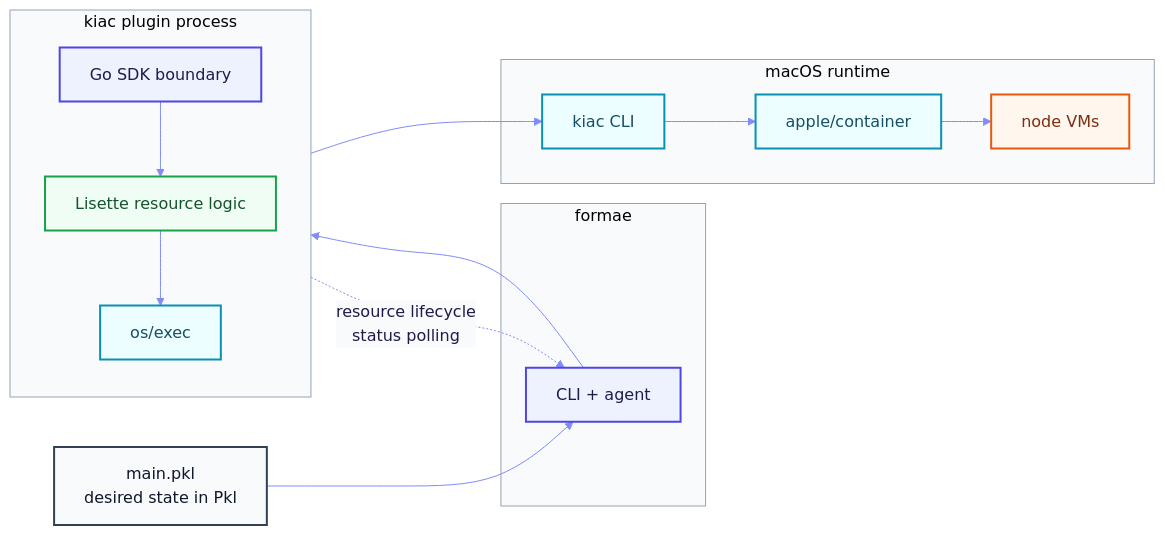
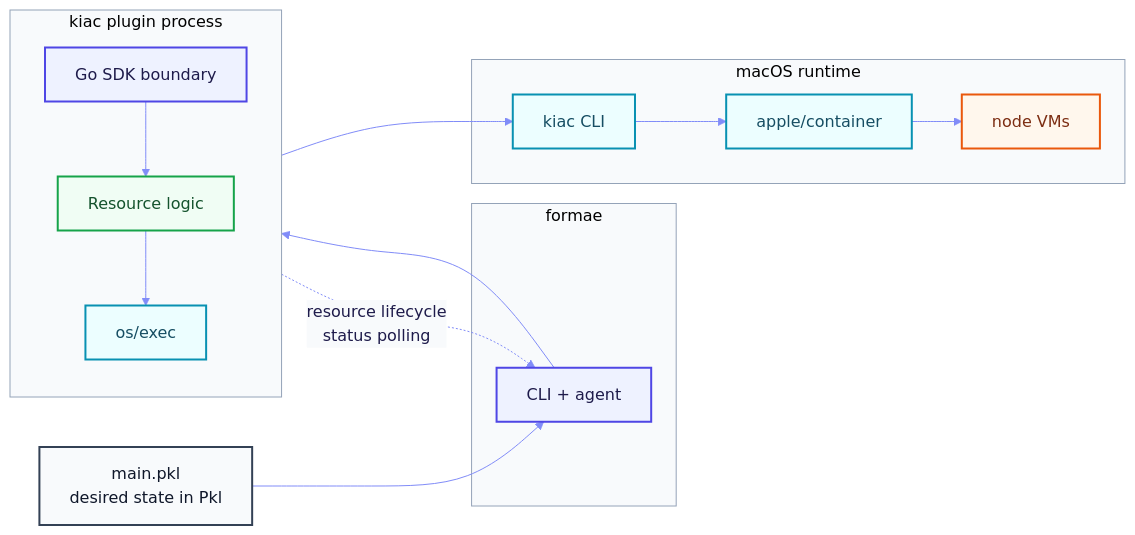
Before and after one commit to extropy-eng/formae-plugin-kiac: the diagram in README.md, drawn with Mermaid. The commit also changed other lines of this file and 2 other files, not shown here.

````diff
--- a/README.md
+++ b/README.md
@@ -329,54 +329,54 @@
 ```mermaid
 %%{
   init: {
     "theme": "base",
     "themeVariables": {
       "fontSize": "16px",
       "primaryColor": "#eef2ff",
       "primaryTextColor": "#1e1b4b",
       "primaryBorderColor": "#4f46e5",
       "lineColor": "#818cf8",
       "edgeLabelBackground": "#f8fafc",
       "clusterBkg": "#f8fafc",
       "clusterBorder": "#94a3b8"
     },
     "themeCSS": ".edgePath path{stroke:#818cf8!important}marker path{fill:#818cf8!important}"
   }
 }%%
 flowchart LR
     P["main.pkl<br/>desired state in Pkl"]
 
     subgraph FORMAE["formae"]
         A["CLI + agent"]
     end
 
     subgraph PLUGIN["kiac plugin process"]
         direction TB
         S["Go SDK boundary"]
-        L["Lisette resource logic"]
+        L["Resource logic"]
         E["os/exec"]
         S --> L --> E
     end
 
     subgraph MAC["macOS runtime"]
         K["kiac CLI"]
         C["apple/container"]
         V["node VMs"]
         K --> C --> V
     end
 
     P --> A --> S
     E --> K
     L -. "resource lifecycle<br/>status polling" .-> A
 
     classDef source fill:#f8fafc,stroke:#334155,stroke-width:2px,color:#0f172a
     classDef inbound fill:#eef2ff,stroke:#4f46e5,stroke-width:2px,color:#1e1b4b
     classDef core fill:#f0fdf4,stroke:#16a34a,stroke-width:2px,color:#14532d
     classDef outbound fill:#ecfeff,stroke:#0891b2,stroke-width:2px,color:#164e63
     classDef runtime fill:#fff7ed,stroke:#ea580c,stroke-width:2px,color:#7c2d12
     class P source
     class A,S inbound
     class L core
     class E,K,C outbound
     class V runtime
 ```
````
